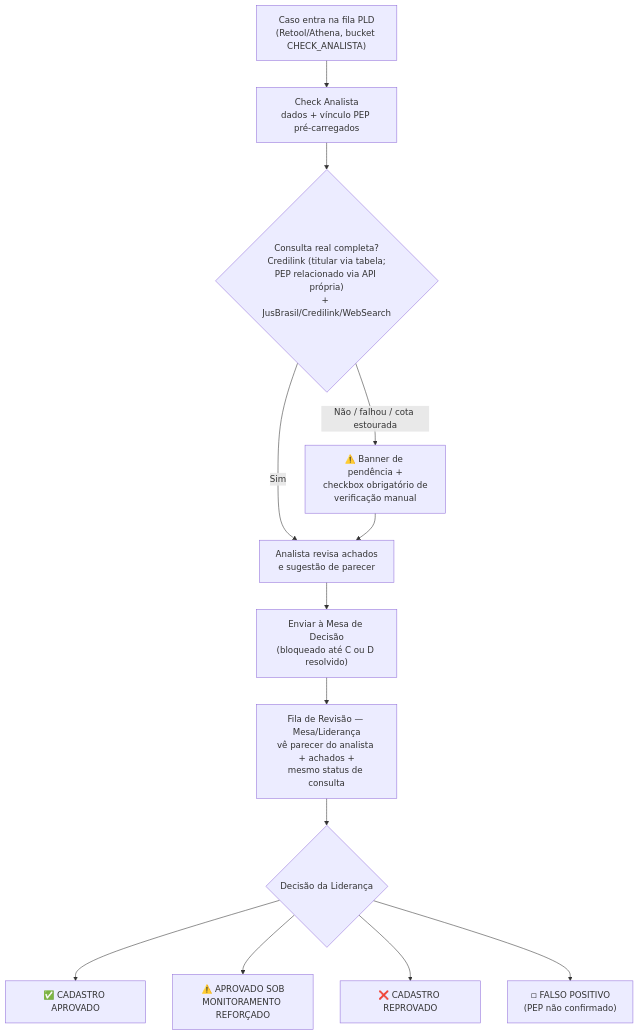
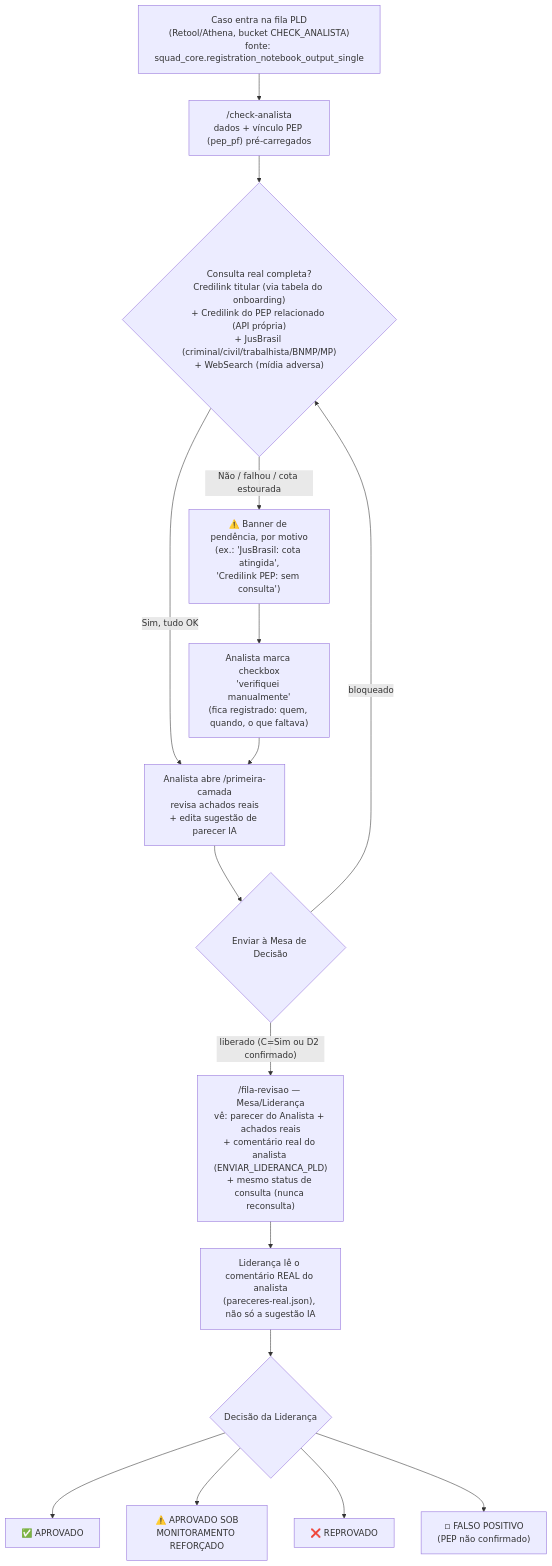
The first of 2 diagrams in README.md (thay-cintra/pepito-frontend), drawn with Mermaid before and after one commit. The commit also changed other lines of this file, not shown here.

````diff
--- a/README.md
+++ b/README.md
@@ -34,15 +34,18 @@
 ```mermaid
 flowchart TD
-    A["Caso entra na fila PLD<br/>(Retool/Athena, bucket CHECK_ANALISTA)"] --> B["Check Analista<br/>dados + vínculo PEP pré-carregados"]
-    B --> C{"Consulta real completa?<br/>Credilink (titular via tabela;<br/>PEP relacionado via API própria)<br/>+ JusBrasil/Credilink/WebSearch"}
-    C -- "Sim" --> E["Analista revisa achados<br/>e sugestão de parecer"]
-    C -- "Não / falhou / cota estourada" --> D["⚠️ Banner de pendência +<br/>checkbox obrigatório de<br/>verificação manual"]
-    D --> E
-    E --> F["Enviar à Mesa de Decisão<br/>(bloqueado até C ou D resolvido)"]
-    F --> G["Fila de Revisão — Mesa/Liderança<br/>vê parecer do analista + achados +<br/>mesmo status de consulta"]
-    G --> H{"Decisão da Liderança"}
-    H --> I["✅ CADASTRO APROVADO"]
-    H --> J["⚠️ APROVADO SOB<br/>MONITORAMENTO REFORÇADO"]
-    H --> K["❌ CADASTRO REPROVADO"]
-    H --> L["◽ FALSO POSITIVO<br/>(PEP não confirmado)"]
+    A["Caso entra na fila PLD<br/>(Retool/Athena, bucket CHECK_ANALISTA)<br/>fonte: squad_core.registration_notebook_output_single"] --> B["/check-analista<br/>dados + vínculo PEP (pep_pf) pré-carregados"]
+    B --> C{"Consulta real completa?<br/>Credilink titular (via tabela do onboarding)<br/>+ Credilink do PEP relacionado (API própria)<br/>+ JusBrasil (criminal/civil/trabalhista/BNMP/MP)<br/>+ WebSearch (mídia adversa)"}
+    C -- "Sim, tudo OK" --> E["Analista abre /primeira-camada<br/>revisa achados reais<br/>+ edita sugestão de parecer IA"]
+    C -- "Não / falhou / cota estourada" --> D["⚠️ Banner de pendência, por motivo<br/>(ex.: 'JusBrasil: cota atingida',<br/>'Credilink PEP: sem consulta')"]
+    D --> D2["Analista marca checkbox<br/>'verifiquei manualmente'<br/>(fica registrado: quem, quando, o que faltava)"]
+    D2 --> E
+    E --> F{"Enviar à Mesa de Decisão"}
+    F -- "bloqueado" --> C
+    F -- "liberado (C=Sim ou D2 confirmado)" --> G["/fila-revisao — Mesa/Liderança<br/>vê: parecer do Analista + achados reais<br/>+ comentário real do analista (ENVIAR_LIDERANCA_PLD)<br/>+ mesmo status de consulta (nunca reconsulta)"]
+    G --> H["Liderança lê o comentário REAL do analista<br/>(pareceres-real.json), não só a sugestão IA"]
+    H --> I{"Decisão da Liderança"}
+    I --> J["✅ APROVADO"]
+    I --> K["⚠️ APROVADO SOB<br/>MONITORAMENTO REFORÇADO"]
+    I --> L["❌ REPROVADO"]
+    I --> M["◽ FALSO POSITIVO<br/>(PEP não confirmado)"]
 ```
````
